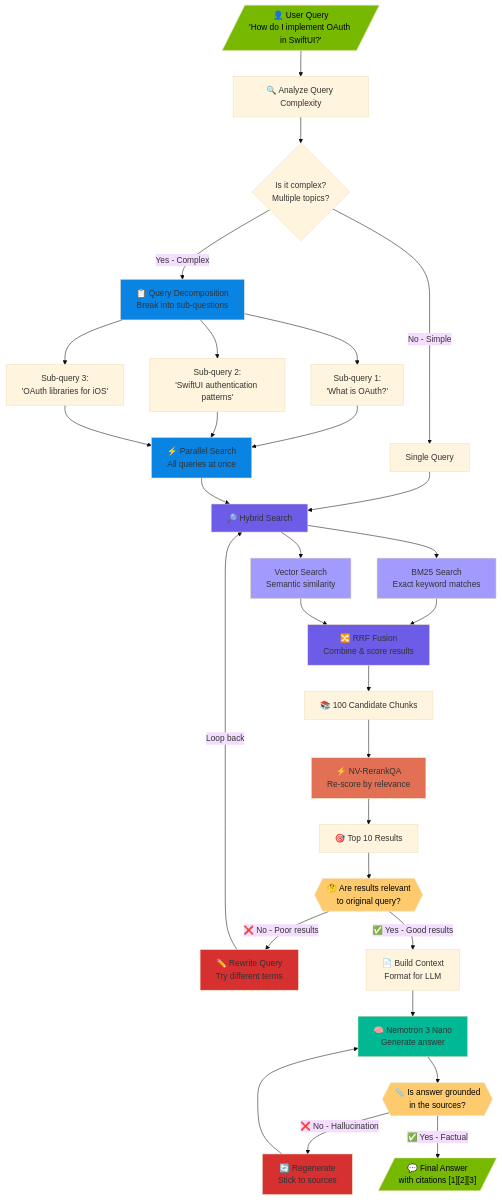
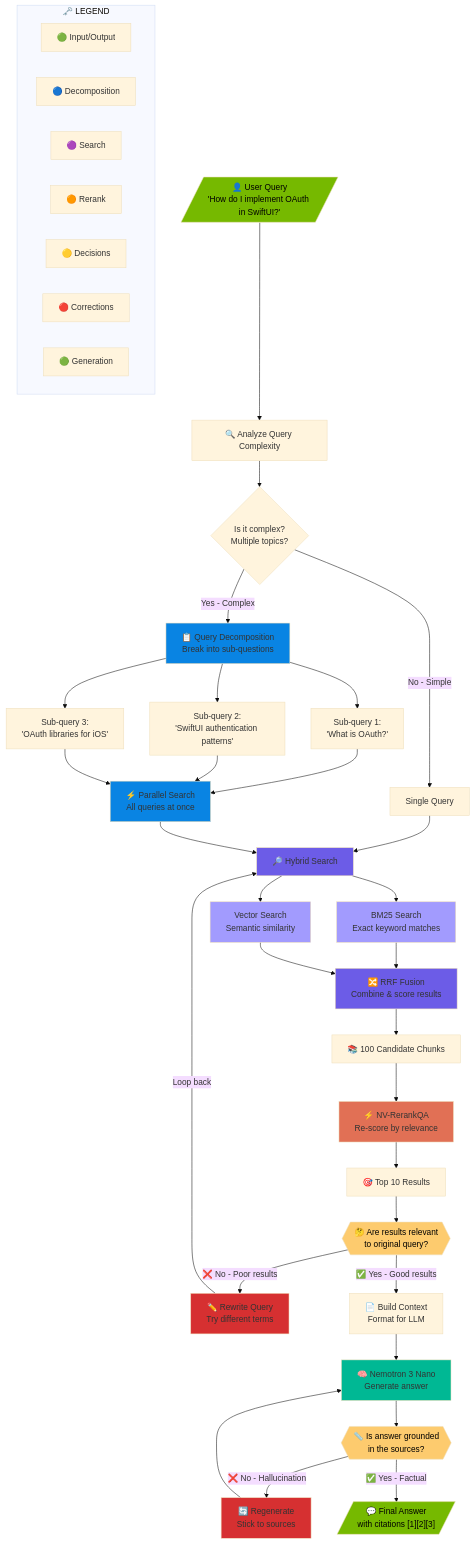
Before and after one commit to caser-legal/nvidia-cli: the third of 6 diagrams in README.md, drawn with Mermaid (base theme). The commit also changed other lines of this file, not shown here.

First line of the commit message:
docs: expand architecture diagrams with legends and detailed flows

````diff
--- a/README.md
+++ b/README.md
@@ -175,5 +175,17 @@
 ```mermaid
 flowchart TB
+    %% ===== LEGEND =====
+    subgraph Legend["🗝️ LEGEND"]
+        direction LR
+        L1[🟢 Input/Output]
+        L2[🔵 Decomposition]
+        L3[🟣 Search]
+        L4[🟠 Rerank]
+        L5[🟡 Decisions]
+        L6[🔴 Corrections]
+        L7[🟢 Generation]
+    end
+
     %% User Input
     USER[/"👤 User Query<br/>'How do I implement OAuth in SwiftUI?'"/]
     
````
